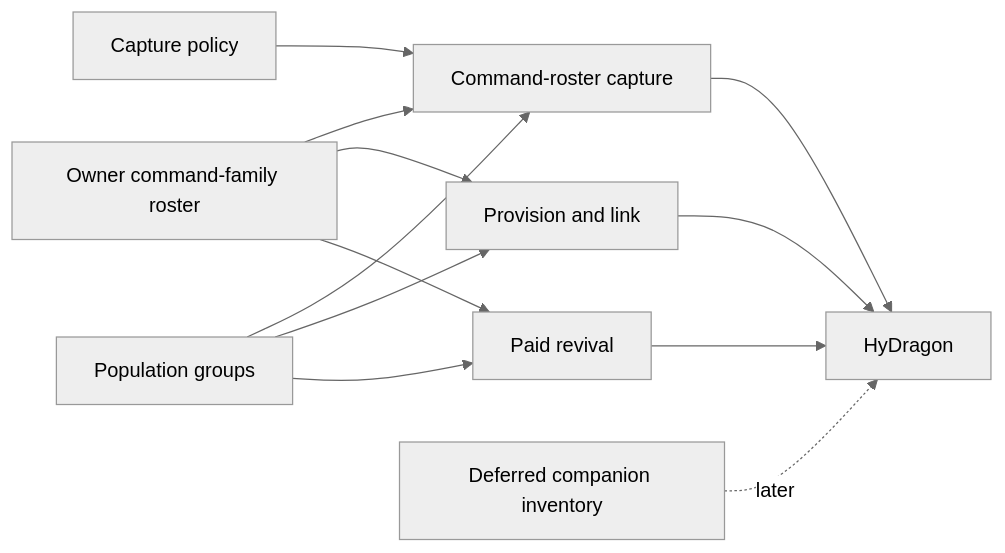
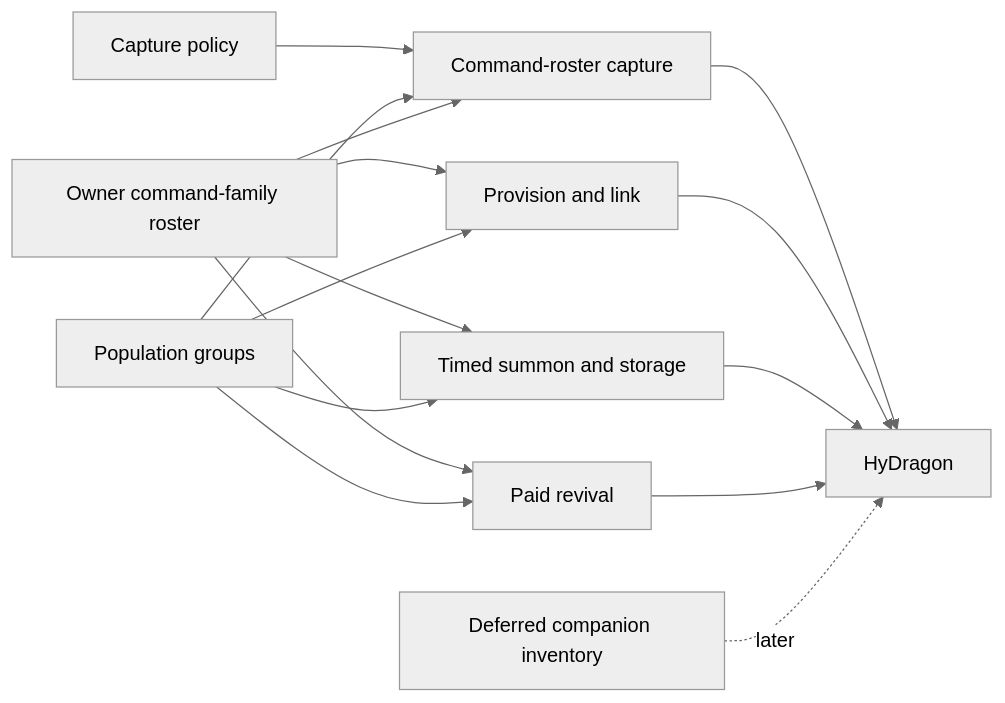
One commit to Alechilles/AlecsTamework changed the diagram in docs/specs/hydragon/README.md. Above: the diagram before and after it, drawn with Mermaid (neutral theme). The commit also changed other lines of this file and 4 other files, not shown here.

````diff
--- a/docs/specs/hydragon/README.md
+++ b/docs/specs/hydragon/README.md
@@ -75,14 +79,17 @@
 ```mermaid
 flowchart LR
     CP["Capture policy"] --> CR["Command-roster capture"]
     PG["Population groups"] --> CR
     RO["Owner command-family roster"] --> CR
     RO --> PR["Provision and link"]
+    RO --> TS["Timed summon and storage"]
+    PG --> TS
     RO --> RV["Paid revival"]
     PG --> PR
     PG --> RV
     CR --> HY["HyDragon"]
     PR --> HY
+    TS --> HY
     RV --> HY
     CI["Deferred companion inventory"] -. later .-> HY
 ```
````
